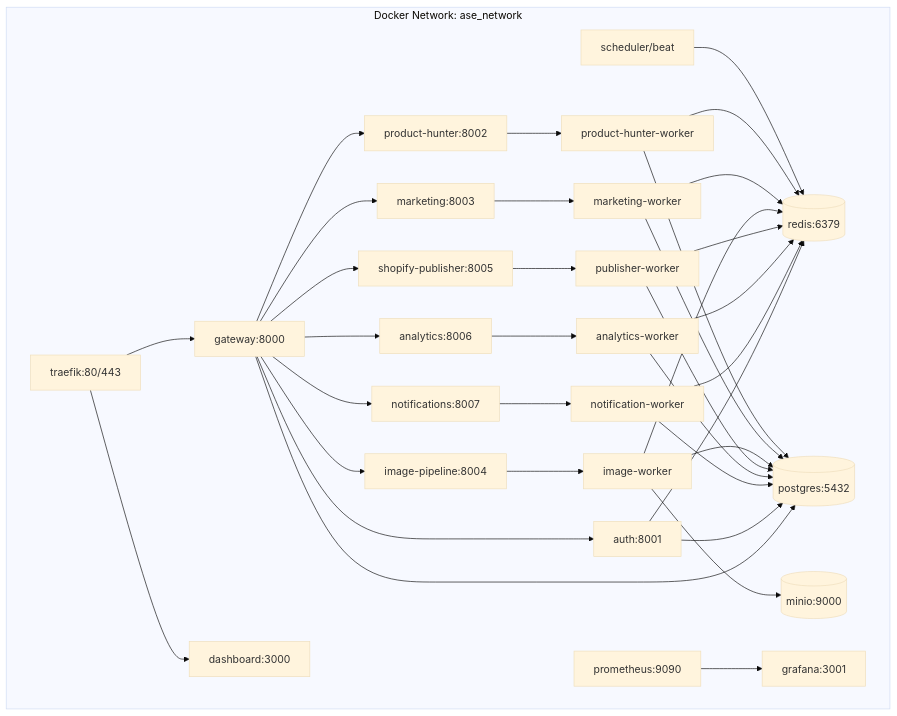
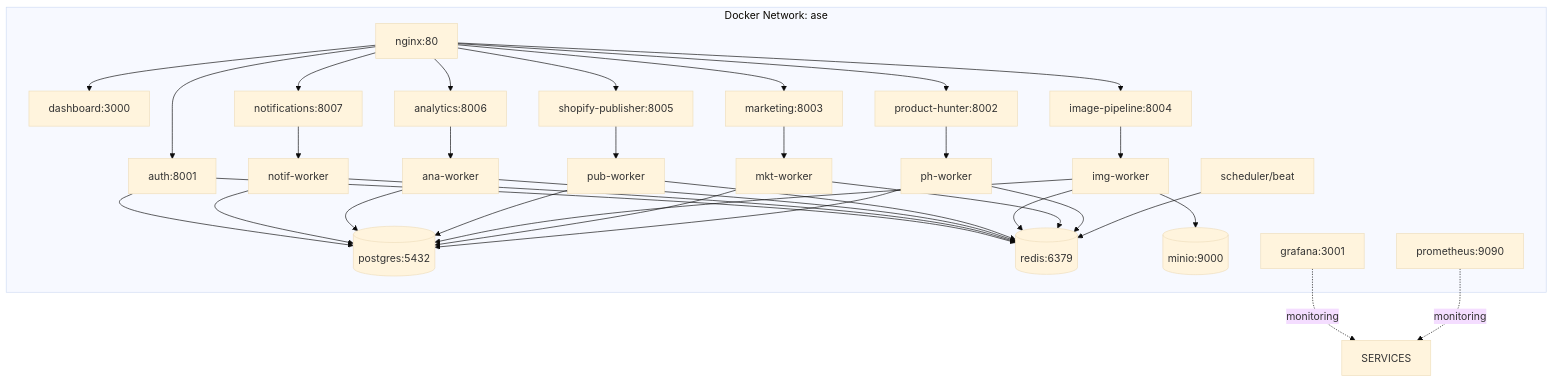
The fifth of 5 diagrams in ARCHITECTURE.md (mateoricci0/AutoShop), drawn with Mermaid (base theme) before and after one commit. The commit also changed other lines of this file and 4 other files, not shown here.

First line of the commit message:
refactor: simplify architecture for personal use

````diff
--- a/ARCHITECTURE.md
+++ b/ARCHITECTURE.md
@@ -256,45 +185,42 @@
 ```mermaid
 graph TB
-    subgraph docker["Docker Network: ase_network"]
-        TR[traefik:80/443]
-        GW[gateway:8000]
+    subgraph docker["Docker Network: ase"]
+        NG[nginx:80]
         FE[dashboard:3000]
         AU[auth:8001]
         PH[product-hunter:8002]
         MA[marketing:8003]
         IP[image-pipeline:8004]
         SP[shopify-publisher:8005]
         AN[analytics:8006]
         NO[notifications:8007]
         SC[scheduler/beat]
 
-        PH_W[product-hunter-worker]
-        MA_W[marketing-worker]
-        IP_W[image-worker]
-        SP_W[publisher-worker]
-        AN_W[analytics-worker]
-        NO_W[notification-worker]
+        PH_W[ph-worker]
+        MA_W[mkt-worker]
+        IP_W[img-worker]
+        SP_W[pub-worker]
+        AN_W[ana-worker]
+        NO_W[notif-worker]
 
         PG[(postgres:5432)]
         RD[(redis:6379)]
         MN[(minio:9000)]
         PR[prometheus:9090]
         GF[grafana:3001]
     end
 
-    TR --> GW
-    TR --> FE
-    GW --> AU & PH & MA & IP & SP & AN & NO
+    NG --> FE & AU & PH & MA & IP & SP & AN & NO
     PH --> PH_W
     MA --> MA_W
     IP --> IP_W
     SP --> SP_W
     AN --> AN_W
     NO --> NO_W
     SC --> RD
     PH_W & MA_W & IP_W & SP_W & AN_W & NO_W --> RD
-    PH_W & MA_W & IP_W & SP_W & AN_W & NO_W & AU & GW --> PG
+    PH_W & MA_W & IP_W & SP_W & AN_W & NO_W & AU --> PG
     IP_W --> MN
     AU --> RD
-    PR --> GF
+    PR & GF -.->|monitoring| SERVICES
 ```
````
